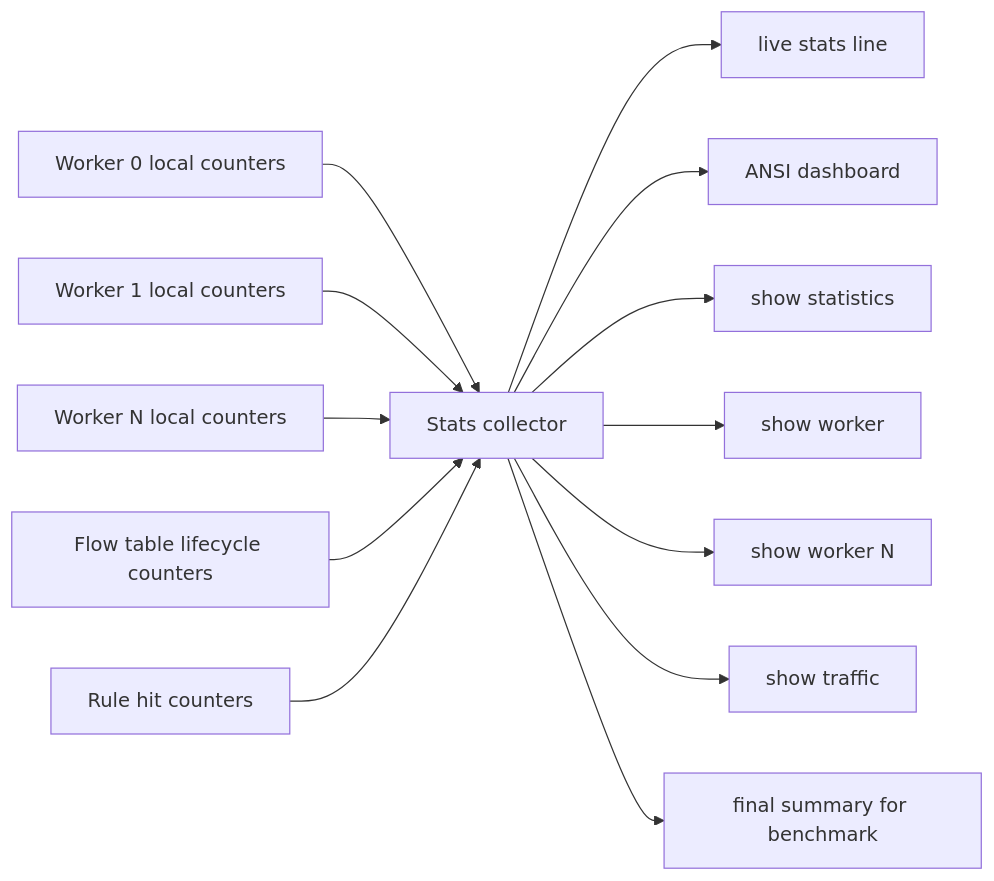
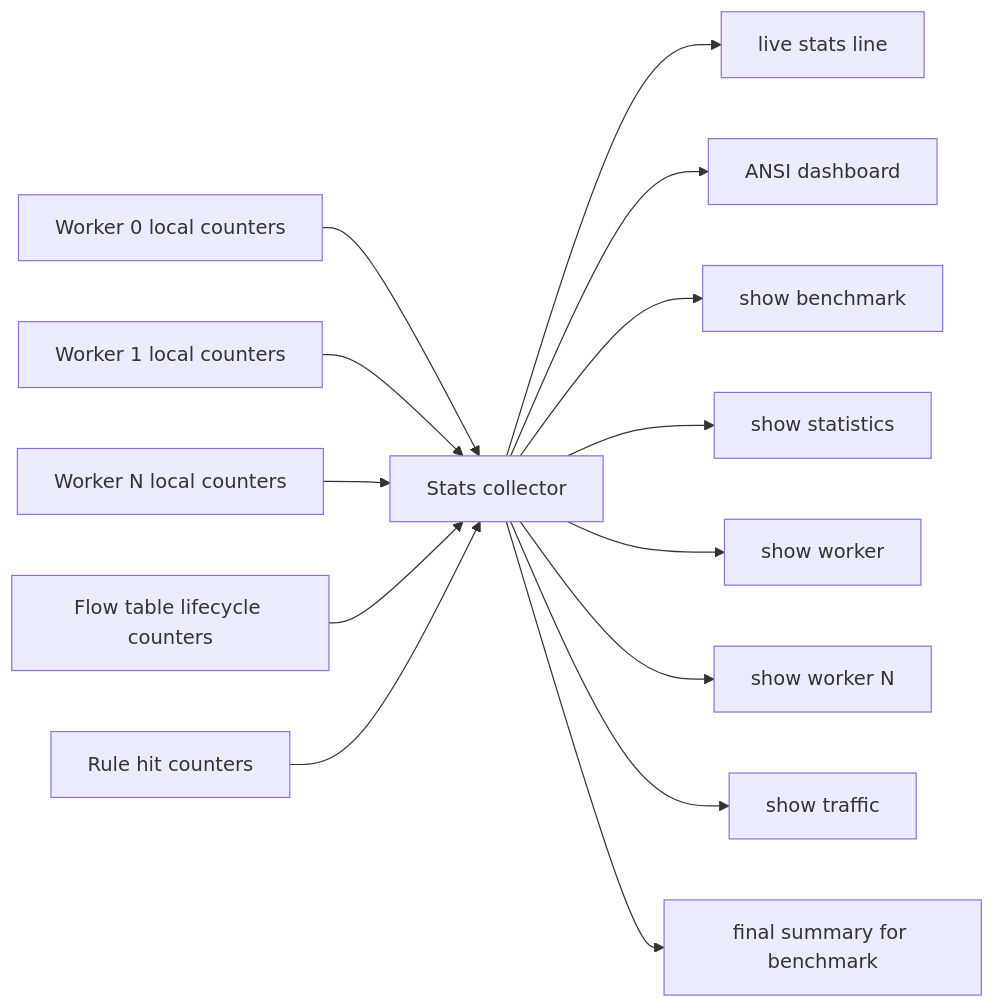
Before and after one commit to UFOsonzz/VDT_HPC_FlowTable: the ninth of 9 diagrams in reports/DESIGN_DIAGRAMS.md, drawn with Mermaid. The commit also changed other lines of this file and 21 other files, not shown here.

````diff
--- a/reports/DESIGN_DIAGRAMS.md
+++ b/reports/DESIGN_DIAGRAMS.md
@@ -152,15 +165,16 @@
 ```mermaid
 flowchart LR
     W0[Worker 0 local counters] --> COL[Stats collector]
     W1[Worker 1 local counters] --> COL
     WN[Worker N local counters] --> COL
     FT[Flow table lifecycle counters] --> COL
     RH[Rule hit counters] --> COL
     COL --> LIVE[live stats line]
     COL --> DASH[ANSI dashboard]
+    COL --> BENCH[show benchmark]
     COL --> CLI1[show statistics]
     COL --> CLI2[show worker]
     COL --> CLI3[show worker N]
     COL --> CLI4[show traffic]
     COL --> SUM[final summary for benchmark]
 ```
````
